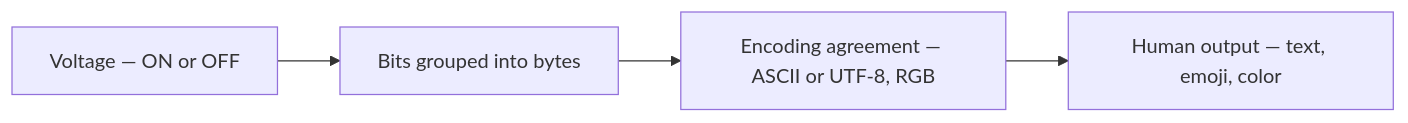
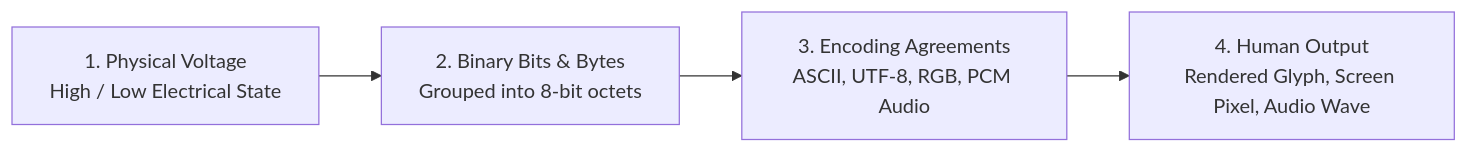
Before and after one commit to 1345AbhishekKumar/cs-cookbook: the third of 3 diagrams in content/docs/computer-basics/it-support/03-computer-language-and-encoding.mdx, drawn with Mermaid. The commit also changed other lines of this file and 299 other files, not shown here.

````diff
--- a/content/docs/computer-basics/it-support/03-computer-language-and-encoding.mdx
+++ b/content/docs/computer-basics/it-support/03-computer-language-and-encoding.mdx
@@ -119,6 +165,6 @@
 ```mermaid
 flowchart LR
-    V["Voltage — ON or OFF"] --> BIT["Bits grouped into bytes"]
-    BIT --> ENC["Encoding agreement — ASCII or UTF-8, RGB"]
-    ENC --> OUT["Human output — text, emoji, color"]
+    V["1. Physical Voltage<br/>High / Low Electrical State"] --> BIT["2. Binary Bits & Bytes<br/>Grouped into 8-bit octets"]
+    BIT --> ENC["3. Encoding Agreements<br/>ASCII, UTF-8, RGB, PCM Audio"]
+    ENC --> OUT["4. Human Output<br/>Rendered Glyph, Screen Pixel, Audio Wave"]
 ```
````
